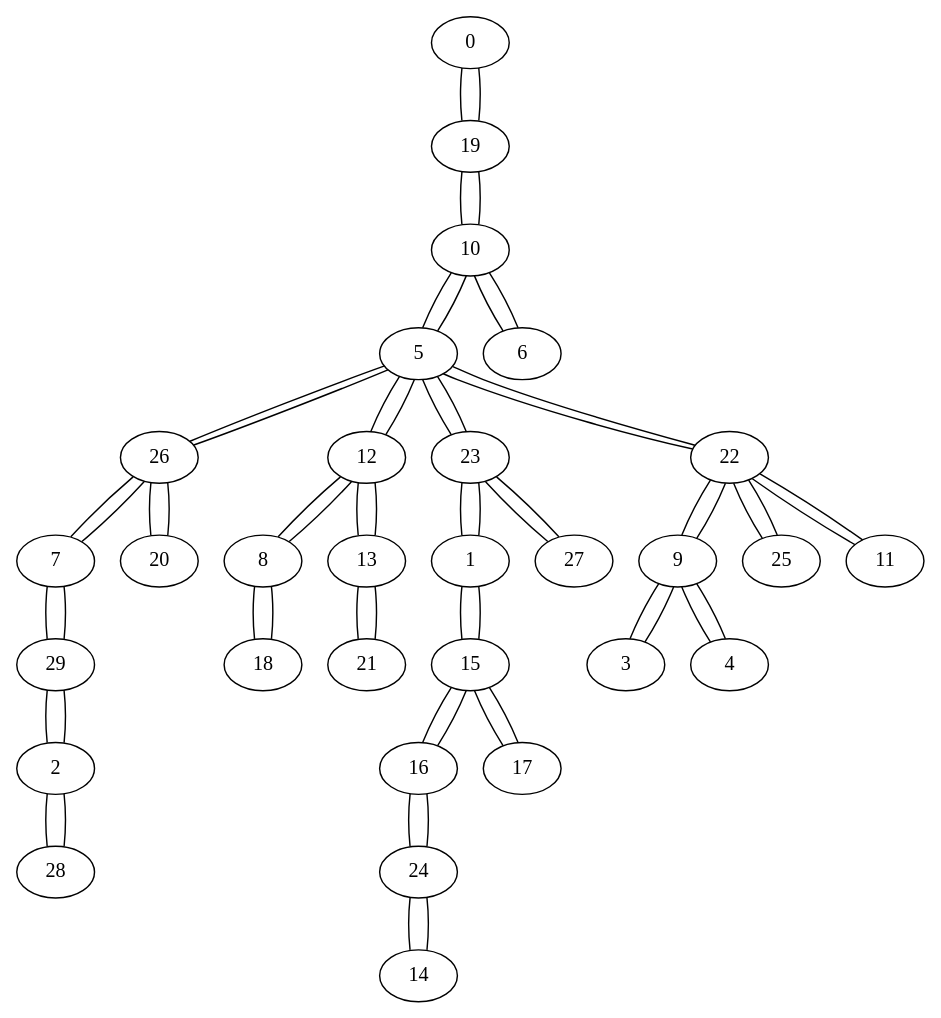
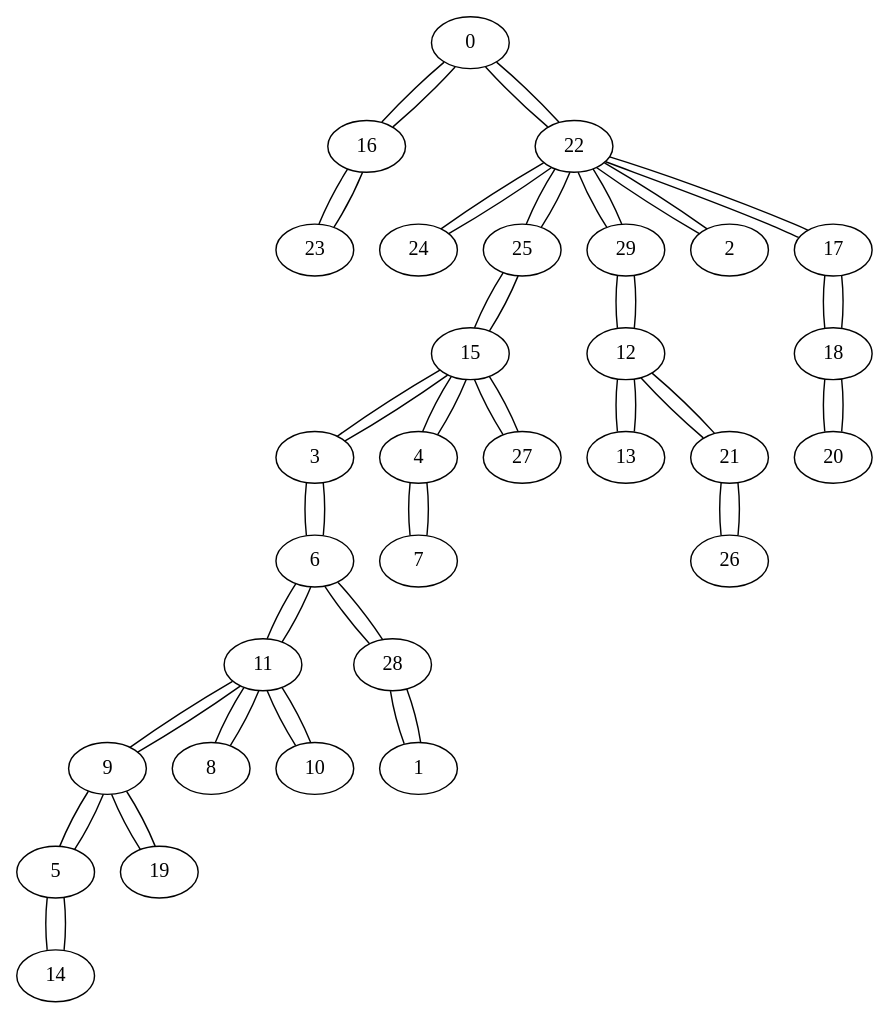
Before and after one commit to chrisalmonte/P-Grafos: the diagram in grafos/Gilbert/gilbert_pocos_Prim.gv, drawn with Graphviz. The commit also changed 101 other files, not shown here.

```diff
--- a/grafos/Gilbert/gilbert_pocos_Prim.gv
+++ b/grafos/Gilbert/gilbert_pocos_Prim.gv
@@ -1,60 +1,60 @@
 graph {
-0 -- 19 [ distancia=3 ]
-19 -- 0 [ distancia=3 ]
-19 -- 10 [ distancia=3 ]
-10 -- 19 [ distancia=3 ]
-10 -- 5 [ distancia=3 ]
-10 -- 6 [ distancia=3 ]
-5 -- 10 [ distancia=3 ]
-5 -- 26 [ distancia=1 ]
-5 -- 12 [ distancia=2 ]
-5 -- 23 [ distancia=2 ]
-5 -- 22 [ distancia=3 ]
-26 -- 5 [ distancia=1 ]
-26 -- 7 [ distancia=1 ]
-26 -- 20 [ distancia=1 ]
-7 -- 26 [ distancia=1 ]
-7 -- 29 [ distancia=1 ]
-20 -- 26 [ distancia=1 ]
-29 -- 7 [ distancia=1 ]
-29 -- 2 [ distancia=2 ]
-12 -- 5 [ distancia=2 ]
-12 -- 8 [ distancia=2 ]
+0 -- 16 [ distancia=1 ]
+0 -- 22 [ distancia=3 ]
+16 -- 0 [ distancia=1 ]
+16 -- 23 [ distancia=3 ]
+22 -- 0 [ distancia=3 ]
+22 -- 24 [ distancia=2 ]
+22 -- 25 [ distancia=2 ]
+22 -- 29 [ distancia=2 ]
+22 -- 2 [ distancia=3 ]
+22 -- 17 [ distancia=3 ]
+24 -- 22 [ distancia=2 ]
+25 -- 22 [ distancia=2 ]
+25 -- 15 [ distancia=2 ]
+29 -- 22 [ distancia=2 ]
+29 -- 12 [ distancia=1 ]
+12 -- 29 [ distancia=1 ]
 12 -- 13 [ distancia=2 ]
-23 -- 5 [ distancia=2 ]
-23 -- 1 [ distancia=1 ]
-23 -- 27 [ distancia=1 ]
-1 -- 23 [ distancia=1 ]
-1 -- 15 [ distancia=2 ]
-27 -- 23 [ distancia=1 ]
-2 -- 29 [ distancia=2 ]
-2 -- 28 [ distancia=4 ]
-8 -- 12 [ distancia=2 ]
-8 -- 18 [ distancia=3 ]
+12 -- 21 [ distancia=2 ]
+15 -- 25 [ distancia=2 ]
+15 -- 3 [ distancia=1 ]
+15 -- 4 [ distancia=1 ]
+15 -- 27 [ distancia=2 ]
+3 -- 15 [ distancia=1 ]
+3 -- 6 [ distancia=1 ]
+4 -- 15 [ distancia=1 ]
+4 -- 7 [ distancia=3 ]
+6 -- 3 [ distancia=1 ]
+6 -- 11 [ distancia=1 ]
+6 -- 28 [ distancia=1 ]
+11 -- 6 [ distancia=1 ]
+11 -- 9 [ distancia=1 ]
+11 -- 8 [ distancia=3 ]
+11 -- 10 [ distancia=5 ]
+28 -- 6 [ distancia=1 ]
+28 -- 1 [ distancia=1 ]
+9 -- 11 [ distancia=1 ]
+9 -- 5 [ distancia=1 ]
+9 -- 19 [ distancia=1 ]
+1 -- 28 [ distancia=1 ]
+5 -- 9 [ distancia=1 ]
+5 -- 14 [ distancia=4 ]
+19 -- 9 [ distancia=1 ]
 13 -- 12 [ distancia=2 ]
-13 -- 21 [ distancia=1 ]
-21 -- 13 [ distancia=1 ]
-15 -- 1 [ distancia=2 ]
-15 -- 16 [ distancia=2 ]
-15 -- 17 [ distancia=3 ]
-16 -- 15 [ distancia=2 ]
-16 -- 24 [ distancia=4 ]
-6 -- 10 [ distancia=3 ]
-22 -- 5 [ distancia=3 ]
-22 -- 9 [ distancia=1 ]
-22 -- 25 [ distancia=2 ]
-22 -- 11 [ distancia=3 ]
-9 -- 22 [ distancia=1 ]
-9 -- 3 [ distancia=2 ]
-9 -- 4 [ distancia=3 ]
-25 -- 22 [ distancia=2 ]
-3 -- 9 [ distancia=2 ]
-18 -- 8 [ distancia=3 ]
-17 -- 15 [ distancia=3 ]
-11 -- 22 [ distancia=3 ]
-4 -- 9 [ distancia=3 ]
-28 -- 2 [ distancia=4 ]
-24 -- 16 [ distancia=4 ]
-24 -- 14 [ distancia=6 ]
-14 -- 24 [ distancia=6 ]
+21 -- 12 [ distancia=2 ]
+21 -- 26 [ distancia=2 ]
+27 -- 15 [ distancia=2 ]
+26 -- 21 [ distancia=2 ]
+23 -- 16 [ distancia=3 ]
+2 -- 22 [ distancia=3 ]
+17 -- 22 [ distancia=3 ]
+17 -- 18 [ distancia=1 ]
+18 -- 17 [ distancia=1 ]
+18 -- 20 [ distancia=1 ]
+20 -- 18 [ distancia=1 ]
+7 -- 4 [ distancia=3 ]
+8 -- 11 [ distancia=3 ]
+14 -- 5 [ distancia=4 ]
+10 -- 11 [ distancia=5 ]
 }
```
